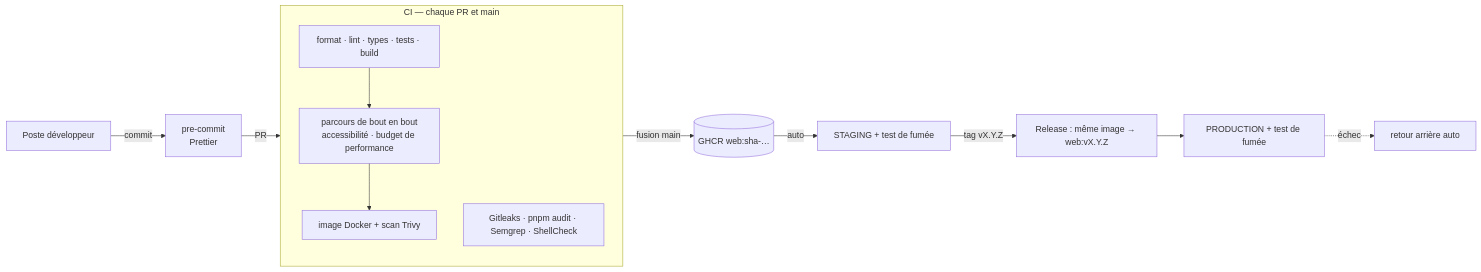
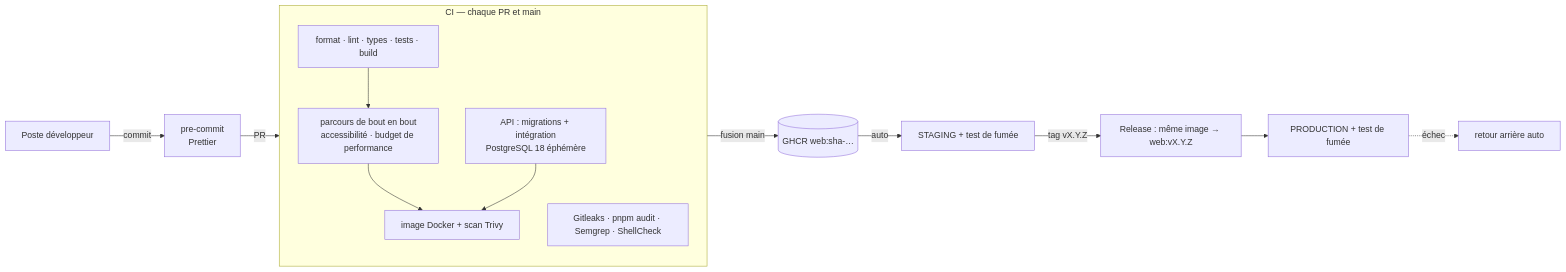
Before and after one commit to levy-kombila/kemdia: the eighth of 9 diagrams in docs/architecture/cahier-architecture.md, drawn with Mermaid. The commit also changed other lines of this file and 38 other files, not shown here.

First line of the commit message:
feat(api): PostgreSQL 18 et Prisma 7, un schéma par module, santé de la base (S3-T02)

````diff
--- a/docs/architecture/cahier-architecture.md
+++ b/docs/architecture/cahier-architecture.md
@@ -438,18 +484,20 @@
 ```mermaid
 flowchart LR
     dev[Poste développeur] -->|commit| hook[pre-commit<br/>Prettier]
     hook -->|PR| ci
     subgraph ci[CI — chaque PR et main]
       direction TB
       q[format · lint · types · tests · build]
+      d[API : migrations + intégration<br/>PostgreSQL 18 éphémère]
       e[parcours de bout en bout<br/>accessibilité · budget de performance]
       i[image Docker + scan Trivy]
       s[Gitleaks · pnpm audit · Semgrep · ShellCheck]
       q --> e --> i
+      d --> i
     end
     ci -->|fusion main| pub[(GHCR web:sha-…)]
     pub -->|auto| stg[STAGING + test de fumée]
     stg -->|tag vX.Y.Z| rel[Release : même image → web:vX.Y.Z]
     rel --> prod[PRODUCTION + test de fumée]
     prod -. échec .-> rb[retour arrière auto]
 ```
````
